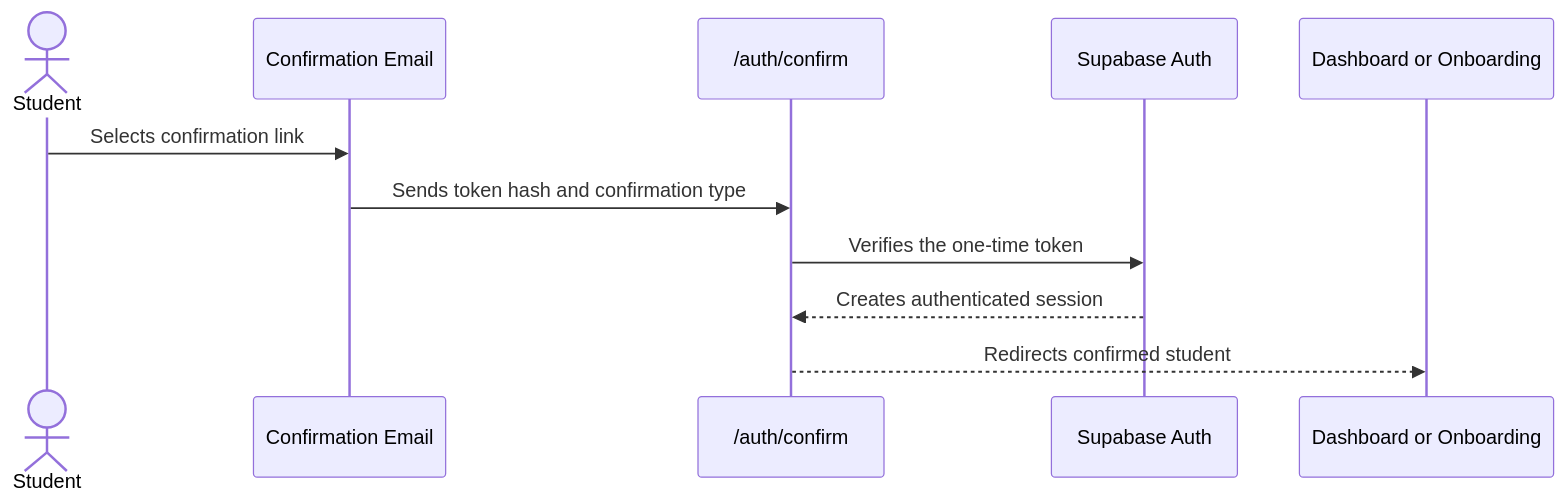
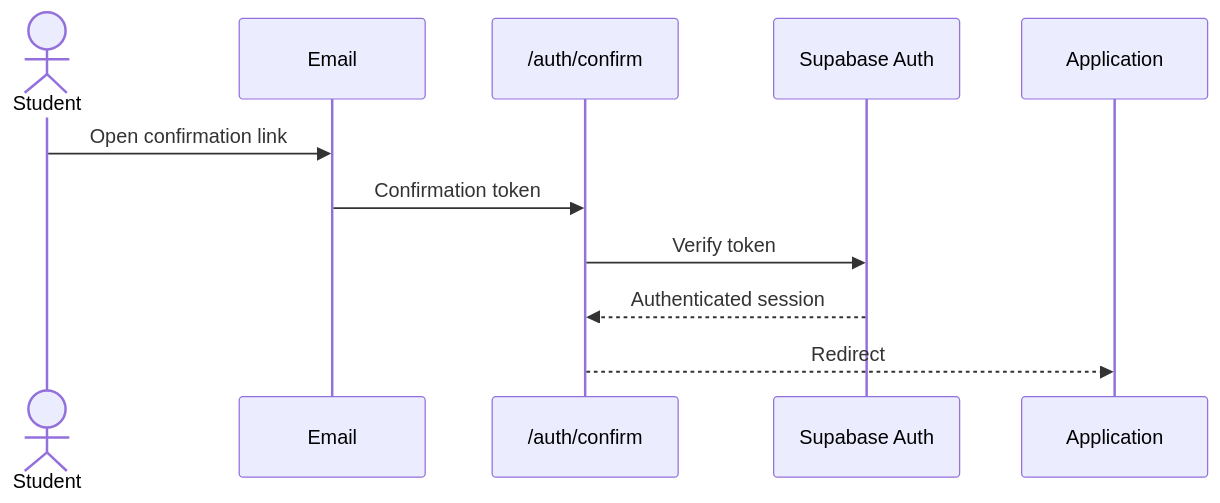
Before and after one commit to jianna-acc/stsp-capstone: the second of 5 diagrams in docs/authentication.md, drawn with Mermaid. The commit also changed other lines of this file and 67 other files, not shown here.

````diff
--- a/docs/authentication.md
+++ b/docs/authentication.md
@@ -91,14 +79,14 @@
 ```mermaid
 sequenceDiagram
     actor Student
-    participant Email as Confirmation Email
+    participant Email as Email
     participant Confirm as /auth/confirm
     participant Supabase as Supabase Auth
-    participant Dashboard as Dashboard or Onboarding
+    participant App as Application
 
-    Student->>Email: Selects confirmation link
-    Email->>Confirm: Sends token hash and confirmation type
-    Confirm->>Supabase: Verifies the one-time token
-    Supabase-->>Confirm: Creates authenticated session
-    Confirm-->>Dashboard: Redirects confirmed student
+    Student->>Email: Open confirmation link
+    Email->>Confirm: Confirmation token
+    Confirm->>Supabase: Verify token
+    Supabase-->>Confirm: Authenticated session
+    Confirm-->>App: Redirect
 ```
````
